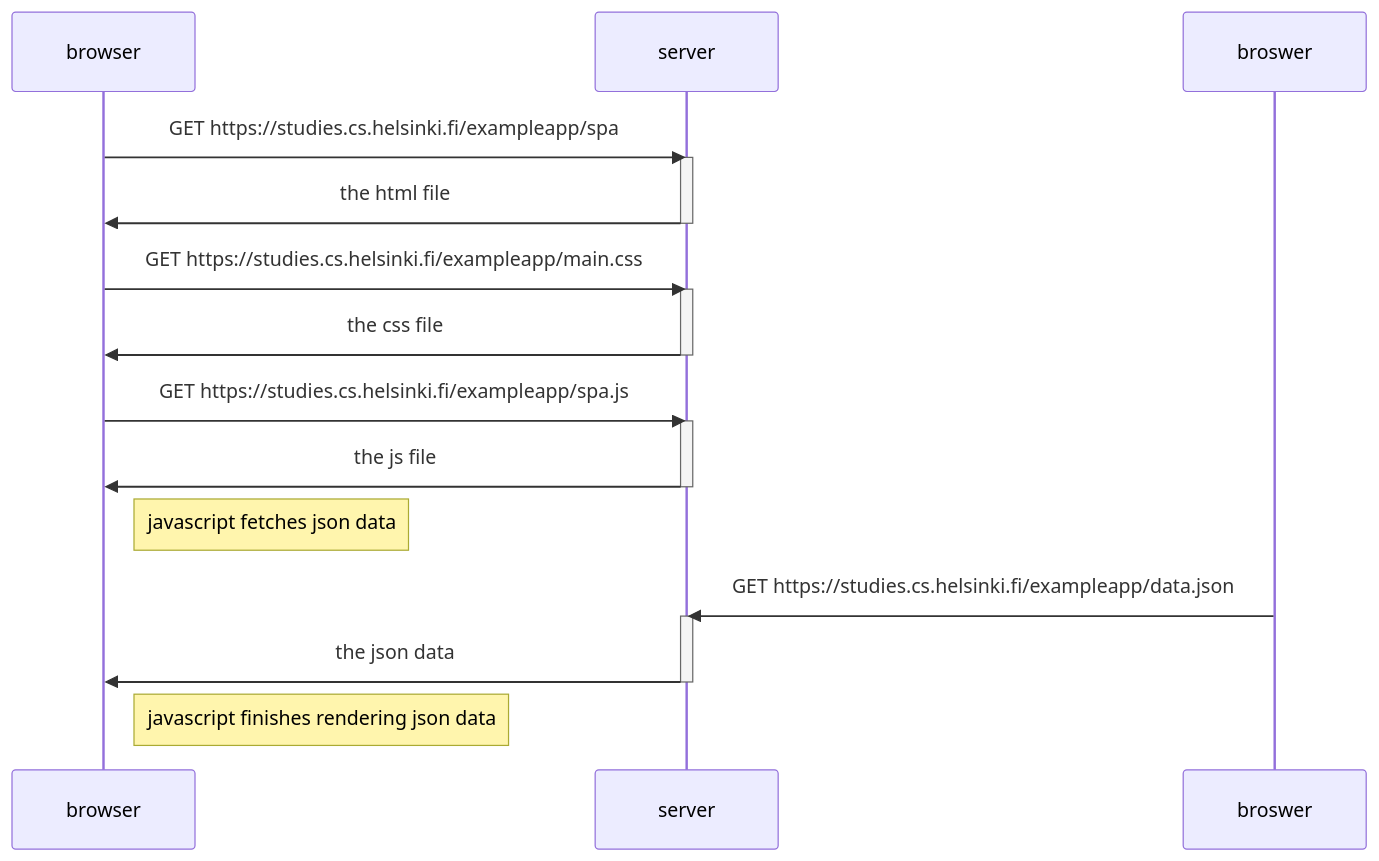
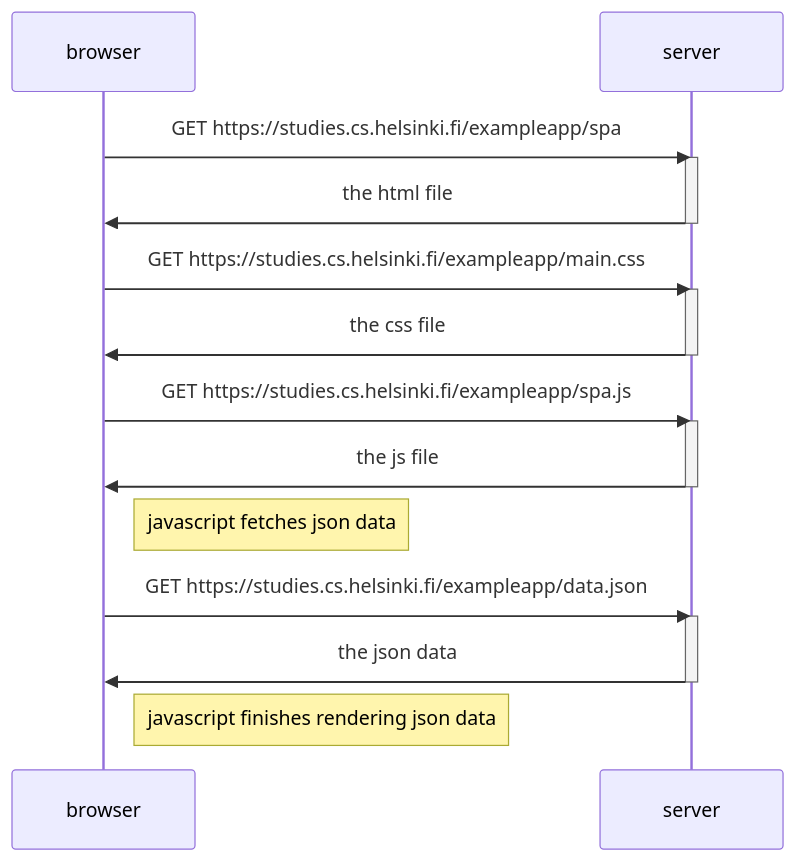
Before and after one commit to supernoob00/full-stack-open-exercises: the diagram in part0/single-page.md, drawn with Mermaid.

````diff
--- a/part0/single-page.md
+++ b/part0/single-page.md
@@ -1,29 +1,29 @@
 ```mermaid
 sequenceDiagram
   participant browser
   participant server
     
   browser->>server: GET https://studies.cs.helsinki.fi/exampleapp/spa
   activate server
   server->>browser: the html file
   deactivate server
   
   browser->>server: GET https://studies.cs.helsinki.fi/exampleapp/main.css
   activate server
   server->>browser: the css file
   deactivate server
   
   browser->>server: GET https://studies.cs.helsinki.fi/exampleapp/spa.js
   activate server
   server->>browser: the js file
   deactivate server
   
   note right of browser: javascript fetches json data
   
-  broswer->>server: GET https://studies.cs.helsinki.fi/exampleapp/data.json
+  browser->>server: GET https://studies.cs.helsinki.fi/exampleapp/data.json
   activate server
   server->>browser: the json data
   deactivate server
   
   note right of browser: javascript finishes rendering json data
 ```
````
